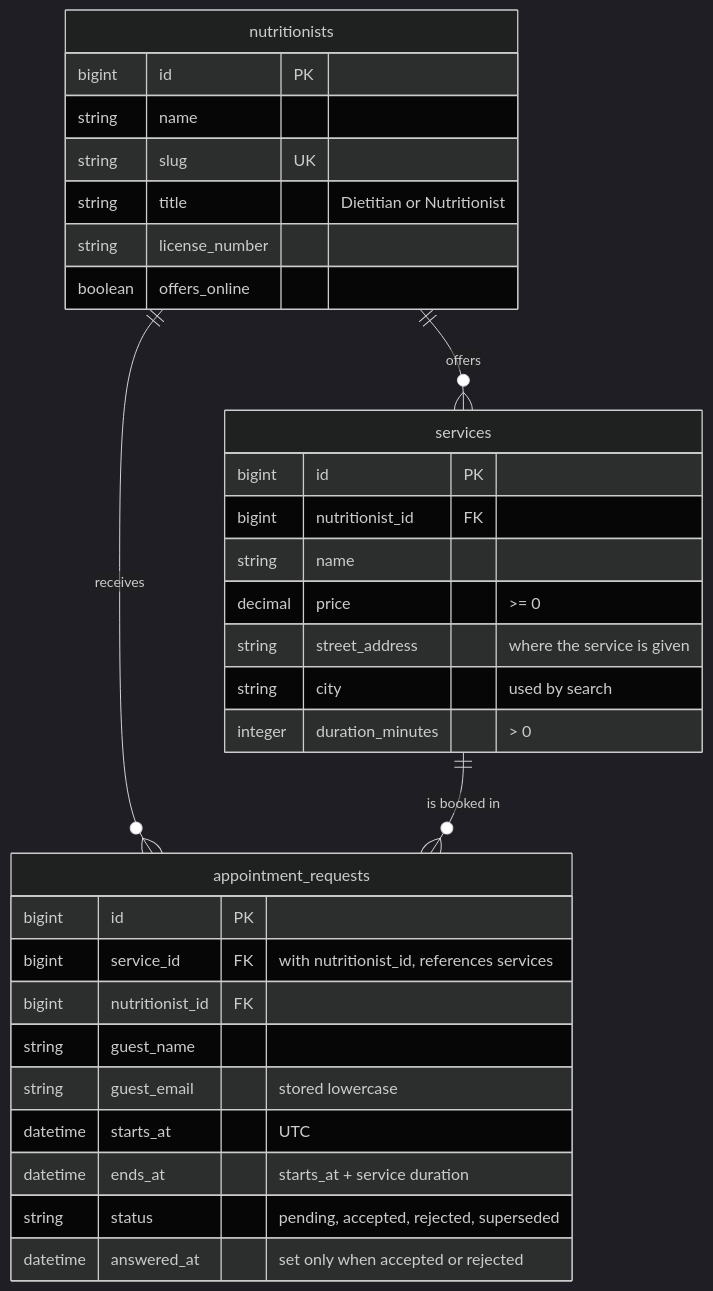
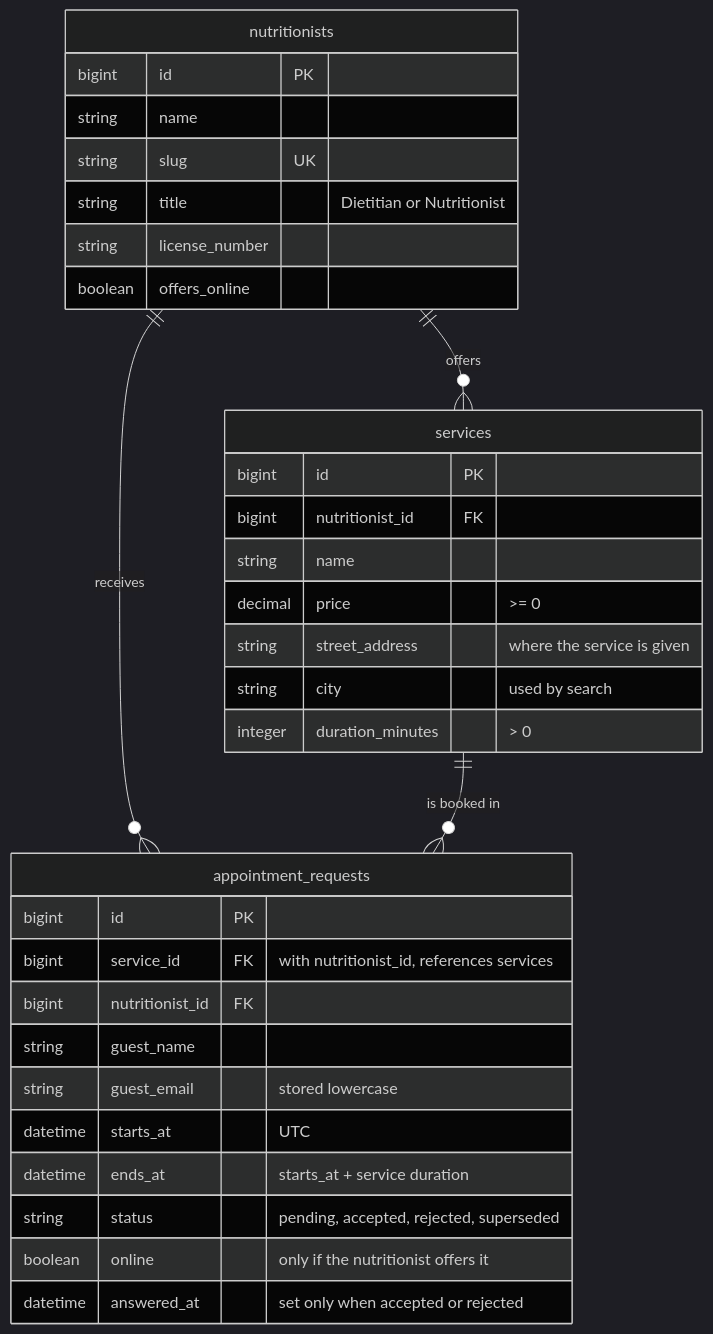
One commit to rgllm/NutriBook changed the diagram in README.md. Above: the diagram before and after it, drawn with Mermaid (dark theme). The commit also changed other lines of this file and 13 other files, not shown here.

````diff
--- a/README.md
+++ b/README.md
@@ -64,37 +64,38 @@
 ```mermaid
 erDiagram
     nutritionists ||--o{ services : offers
     nutritionists ||--o{ appointment_requests : receives
     services ||--o{ appointment_requests : "is booked in"
 
     nutritionists {
         bigint id PK
         string name
         string slug UK
         string title "Dietitian or Nutritionist"
         string license_number
         boolean offers_online
     }
 
     services {
         bigint id PK
         bigint nutritionist_id FK
         string name
         decimal price ">= 0"
         string street_address "where the service is given"
         string city "used by search"
         integer duration_minutes "> 0"
     }
 
     appointment_requests {
         bigint id PK
         bigint service_id FK "with nutritionist_id, references services"
         bigint nutritionist_id FK
         string guest_name
         string guest_email "stored lowercase"
         datetime starts_at "UTC"
         datetime ends_at "starts_at + service duration"
         string status "pending, accepted, rejected, superseded"
+        boolean online "only if the nutritionist offers it"
         datetime answered_at "set only when accepted or rejected"
     }
 ```
````
